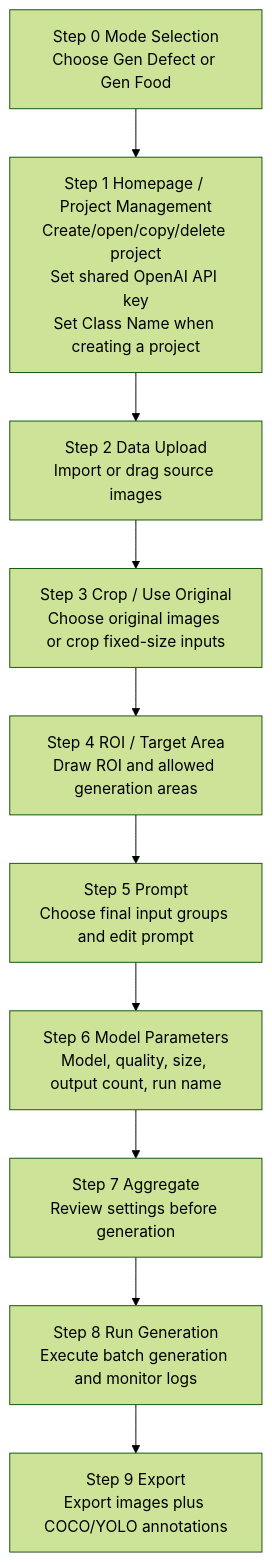
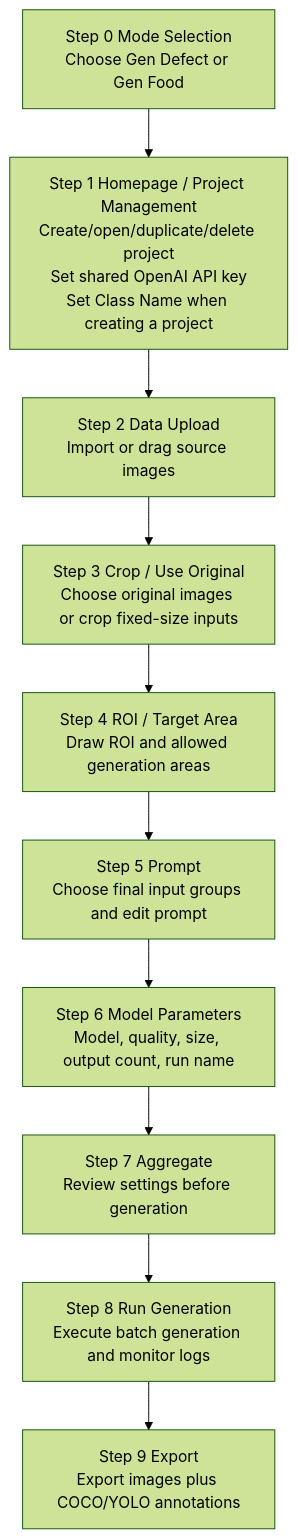
One commit to tku411770448/GPT-GenImage-UI changed the diagram in README.md. Above: the diagram before and after it, drawn with Mermaid (forest theme). The commit also changed other lines of this file and 2 other files, not shown here.

Commit message:
Fix duplicate project copy and export layout

````diff
--- a/README.md
+++ b/README.md
@@ -72,15 +72,15 @@
 ```mermaid
 flowchart TD
     Z[Step 0 Mode Selection\nChoose Gen Defect or Gen Food]
-    A[Step 1 Homepage / Project Management\nCreate/open/copy/delete project\nSet shared OpenAI API key\nSet Class Name when creating a project]
+    A[Step 1 Homepage / Project Management\nCreate/open/duplicate/delete project\nSet shared OpenAI API key\nSet Class Name when creating a project]
     B[Step 2 Data Upload\nImport or drag source images]
     C[Step 3 Crop / Use Original\nChoose original images or crop fixed-size inputs]
     D[Step 4 ROI / Target Area\nDraw ROI and allowed generation areas]
     E[Step 5 Prompt\nChoose final input groups and edit prompt]
     F[Step 6 Model Parameters\nModel, quality, size, output count, run name]
     G[Step 7 Aggregate\nReview settings before generation]
     H[Step 8 Run Generation\nExecute batch generation and monitor logs]
     I[Step 9 Export\nExport images plus COCO/YOLO annotations]
 
     Z --> A --> B --> C --> D --> E --> F --> G --> H --> I
 ```
````
